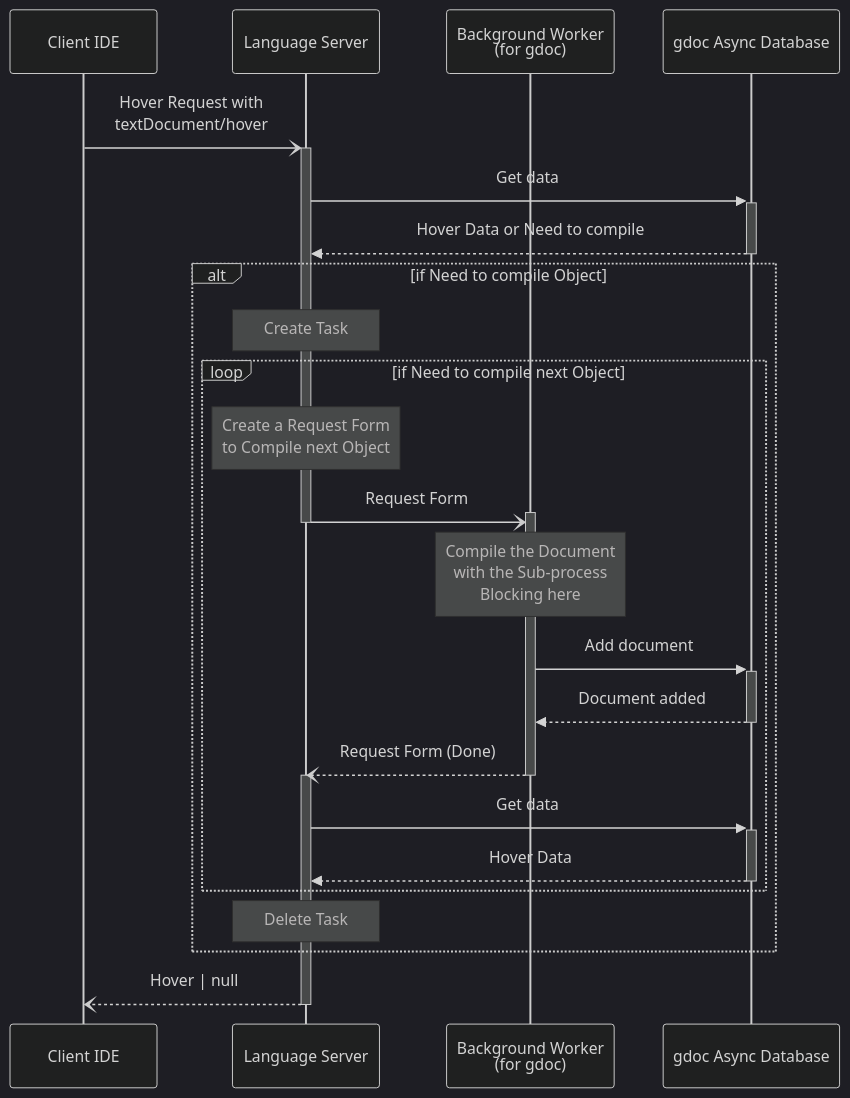
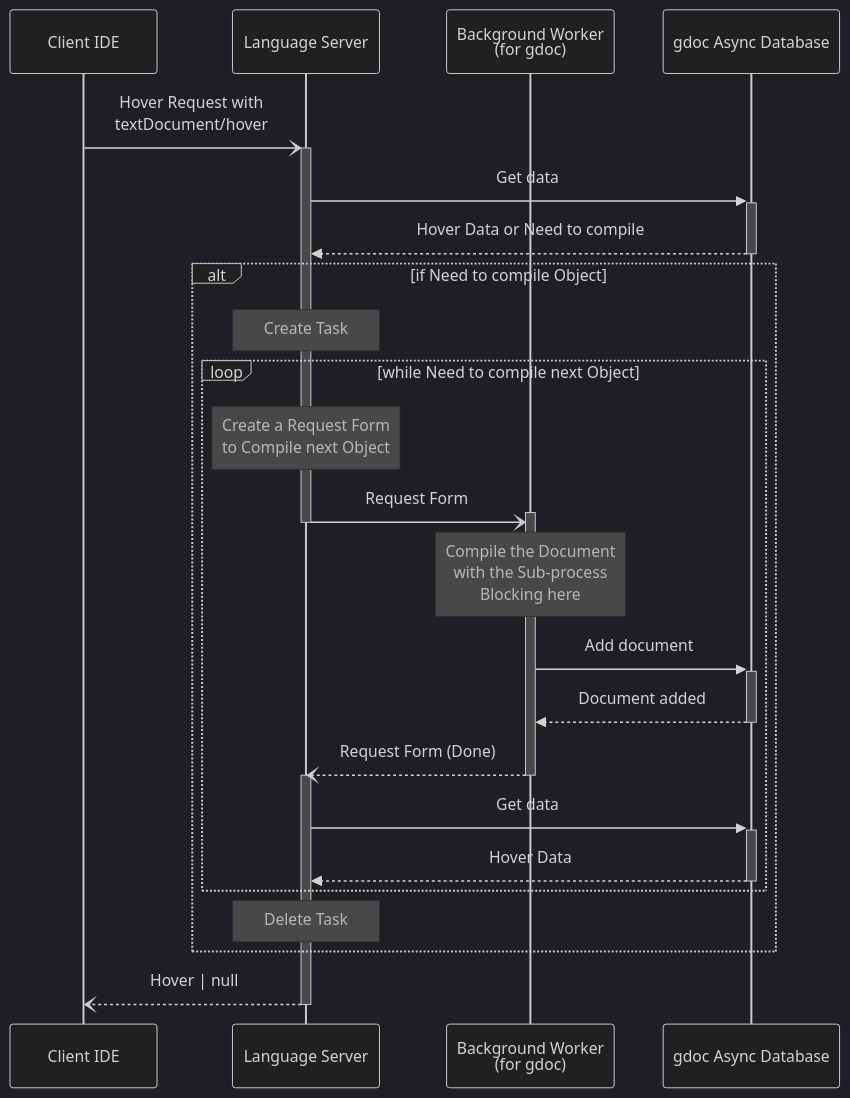
The fifth of 5 diagrams in docs/ArchitecturalDesign/gdocServer/LanguageServer.md (tyskdm/gdoc), drawn with Mermaid (dark theme) before and after one commit.

Commit message:
docs: clarify loop condition in Language Server sequence diagram for object compilation

````diff
--- a/docs/ArchitecturalDesign/gdocServer/LanguageServer.md
+++ b/docs/ArchitecturalDesign/gdocServer/LanguageServer.md
@@ -267,29 +267,29 @@
 ```mermaid
 sequenceDiagram
   participant IDE as Client IDE
   participant LS as Language Server
   participant Worker as Background Worker<br>(for gdoc)
   participant DB as gdoc Async Database
 
   IDE -) +LS: Hover Request with<br>textDocument/hover
     LS ->> +DB: Get data
     DB -->> -LS: Hover Data or Need to compile
     alt if Need to compile Object
       Note over LS: Create Task
-      Loop if Need to compile next Object
+      Loop while Need to compile next Object
         Note over LS: Create a Request Form<br>to Compile next Object
         LS -) +Worker: Request Form
         deactivate LS
         Note over Worker: Compile the Document<br>with the Sub-process<br>Blocking here
         Worker ->> +DB: Add document
         DB -->> -Worker: Document added
         Worker --) -LS: Request Form (Done)
         activate LS
         LS ->> +DB: Get data
         DB -->> -LS: Hover Data
       end
       Note over LS: Delete Task
     end
   LS --) IDE: Hover | null
   deactivate LS
 ```
````
